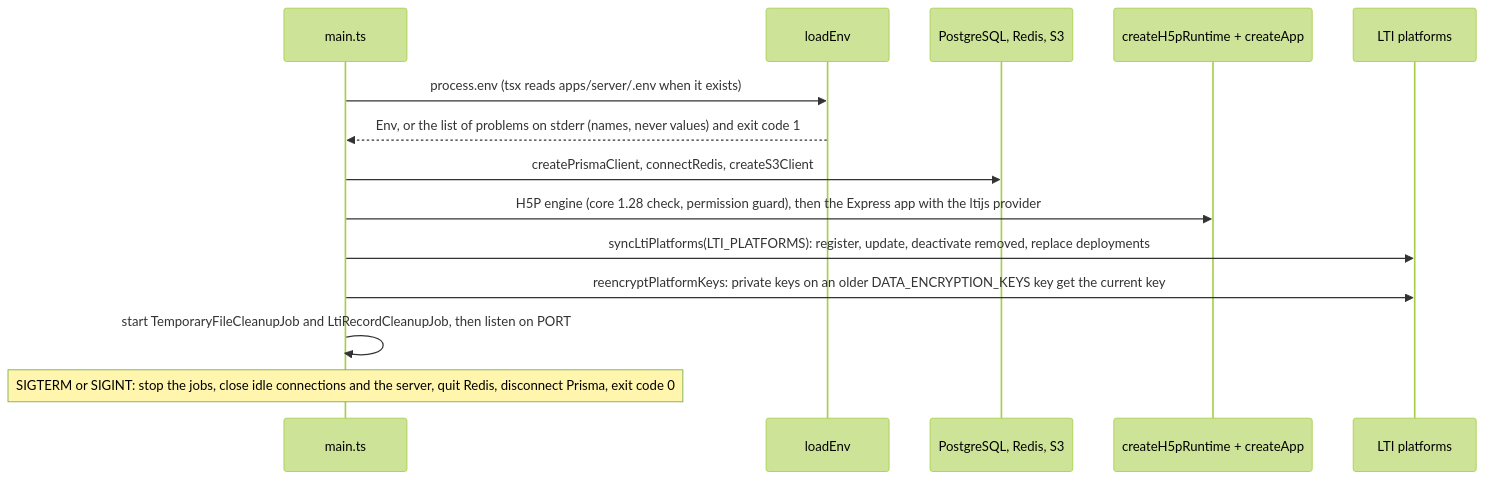
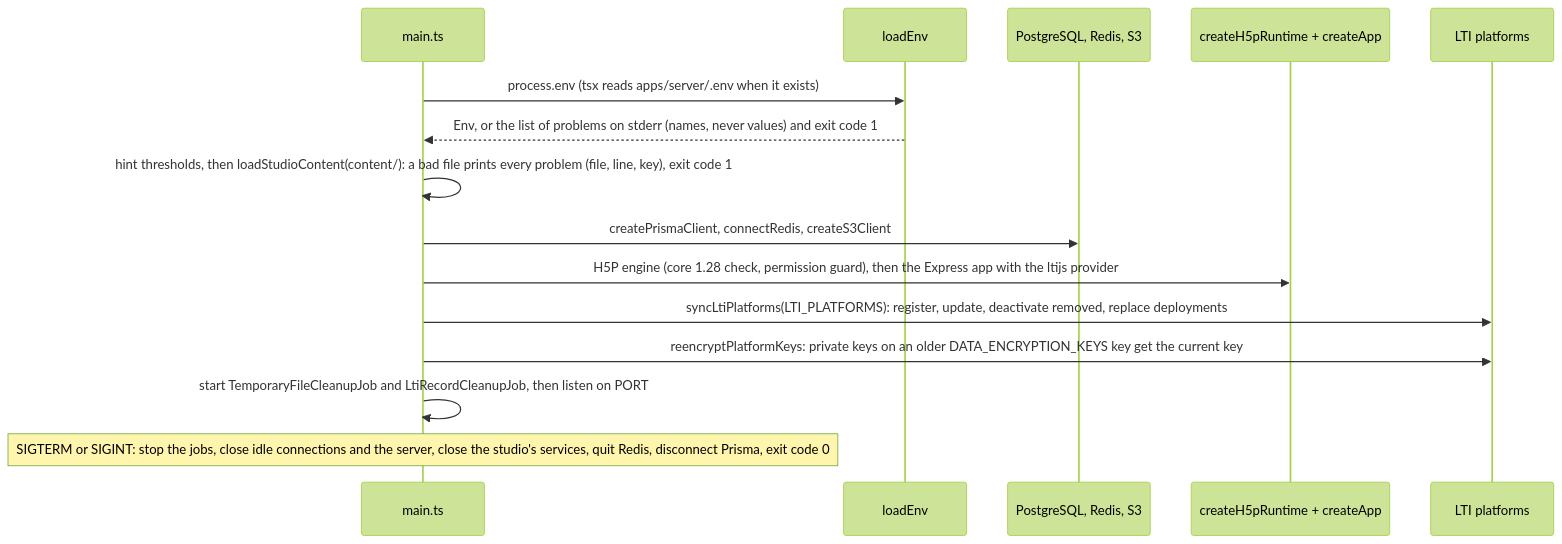
Before and after one commit to bobthebob58/HVL-INTERAKTIV: the second of 10 diagrams in apps/server/README.md, drawn with Mermaid (forest theme). The commit also changed other lines of this file and 215 other files, not shown here.

````diff
--- a/apps/server/README.md
+++ b/apps/server/README.md
@@ -199,16 +206,17 @@
 ```mermaid
 sequenceDiagram
     participant Main as main.ts
     participant Env as loadEnv
     participant Clients as PostgreSQL, Redis, S3
     participant App as createH5pRuntime + createApp
     participant LTI as LTI platforms
     Main->>Env: process.env (tsx reads apps/server/.env when it exists)
     Env-->>Main: Env, or the list of problems on stderr (names, never values) and exit code 1
+    Main->>Main: hint thresholds, then loadStudioContent(content/): a bad file prints every problem (file, line, key), exit code 1
     Main->>Clients: createPrismaClient, connectRedis, createS3Client
     Main->>App: H5P engine (core 1.28 check, permission guard), then the Express app with the ltijs provider
     Main->>LTI: syncLtiPlatforms(LTI_PLATFORMS): register, update, deactivate removed, replace deployments
     Main->>LTI: reencryptPlatformKeys: private keys on an older DATA_ENCRYPTION_KEYS key get the current key
     Main->>Main: start TemporaryFileCleanupJob and LtiRecordCleanupJob, then listen on PORT
-    Note over Main: SIGTERM or SIGINT: stop the jobs, close idle connections and the server, quit Redis, disconnect Prisma, exit code 0
+    Note over Main: SIGTERM or SIGINT: stop the jobs, close idle connections and the server, close the studio's services, quit Redis, disconnect Prisma, exit code 0
 ```
````
